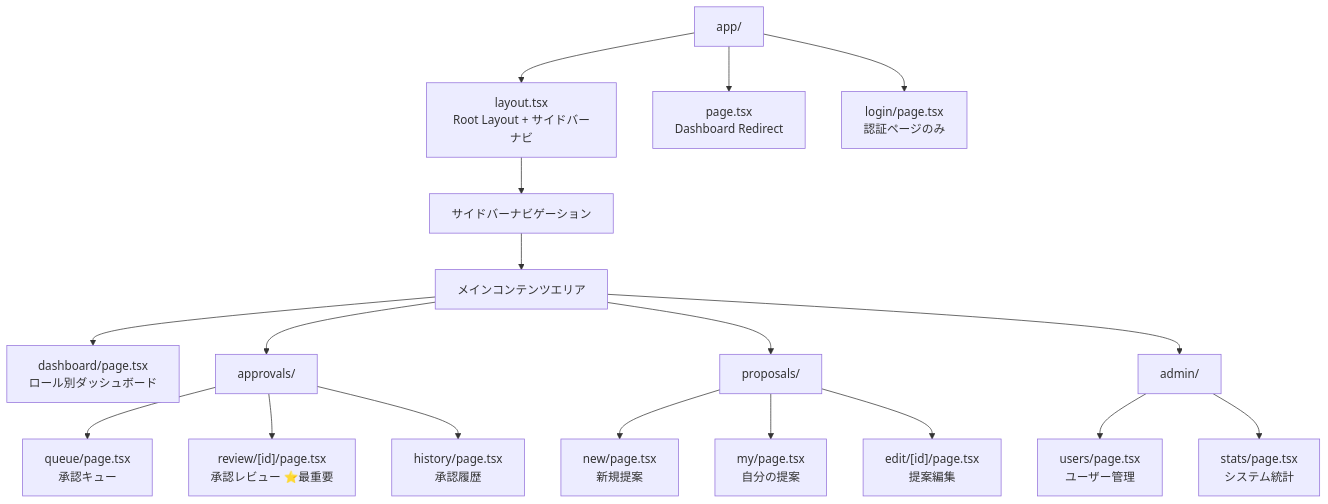
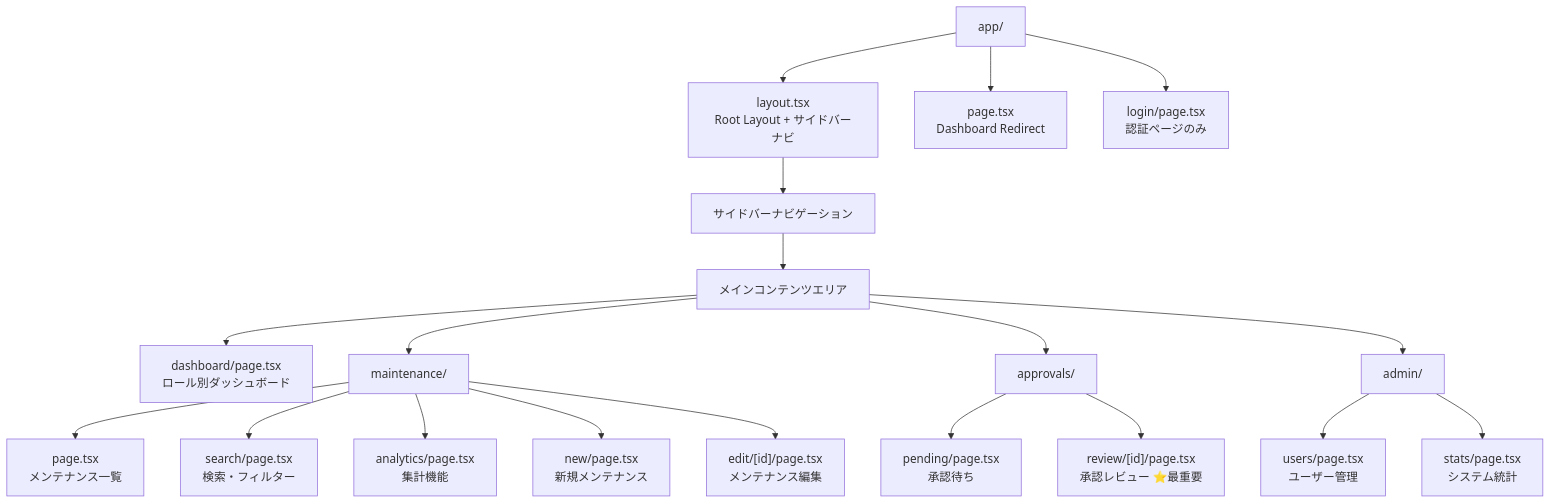
The third of 15 diagrams in frontend/docs/architecture.md (ekrsw/knowledge_app), drawn with Mermaid before and after one commit. The commit also changed 2 other files, not shown here.

````diff
--- a/frontend/docs/architecture.md
+++ b/frontend/docs/architecture.md
@@ -39,25 +39,26 @@
 ```mermaid
 graph TD
     A[app/] --> B[layout.tsx<br/>Root Layout + サイドバーナビ]
     A --> C[page.tsx<br/>Dashboard Redirect]
     A --> D[login/page.tsx<br/>認証ページのみ]
 
     B --> E[サイドバーナビゲーション]
     E --> F[メインコンテンツエリア]
 
     F --> G[dashboard/page.tsx<br/>ロール別ダッシュボード]
 
-    F --> H[approvals/]
-    H --> I[queue/page.tsx<br/>承認キュー]
-    H --> J["review/[id]/page.tsx<br/>承認レビュー ⭐最重要"]
-    H --> K[history/page.tsx<br/>承認履歴]
+    F --> H[maintenance/]
+    H --> I[page.tsx<br/>メンテナンス一覧]
+    H --> J[search/page.tsx<br/>検索・フィルター]
+    H --> K[analytics/page.tsx<br/>集計機能]
+    H --> L[new/page.tsx<br/>新規メンテナンス]
+    H --> M["edit/[id]/page.tsx<br/>メンテナンス編集"]
 
-    F --> L[proposals/]
-    L --> M[new/page.tsx<br/>新規提案]
-    L --> N[my/page.tsx<br/>自分の提案]
-    L --> O["edit/[id]/page.tsx<br/>提案編集"]
+    F --> N[approvals/]
+    N --> O[pending/page.tsx<br/>承認待ち]
+    N --> P["review/[id]/page.tsx<br/>承認レビュー ⭐最重要"]
 
-    F --> P[admin/]
-    P --> Q[users/page.tsx<br/>ユーザー管理]
-    P --> R[stats/page.tsx<br/>システム統計]
+    F --> Q[admin/]
+    Q --> R[users/page.tsx<br/>ユーザー管理]
+    Q --> S[stats/page.tsx<br/>システム統計]
 ```
````
